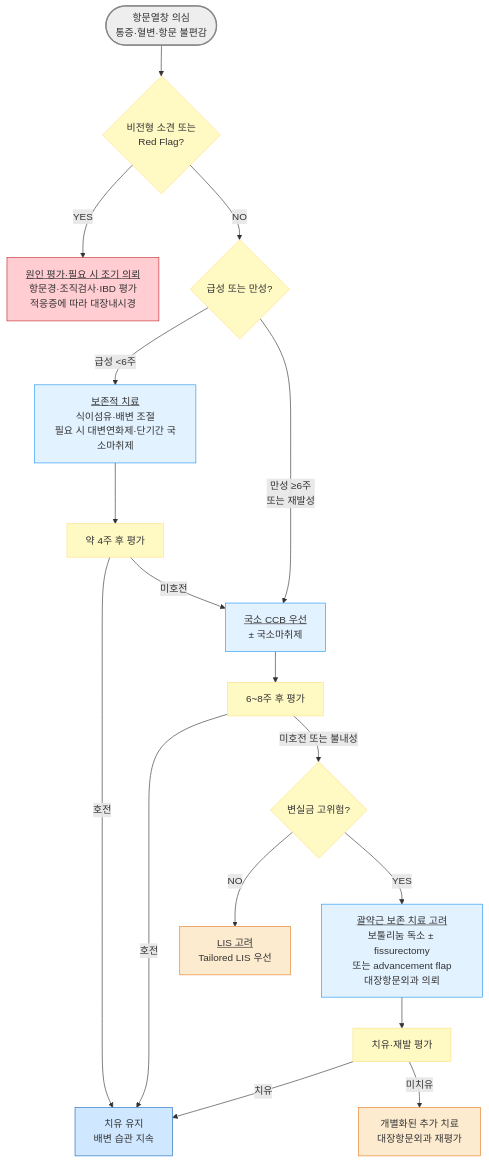
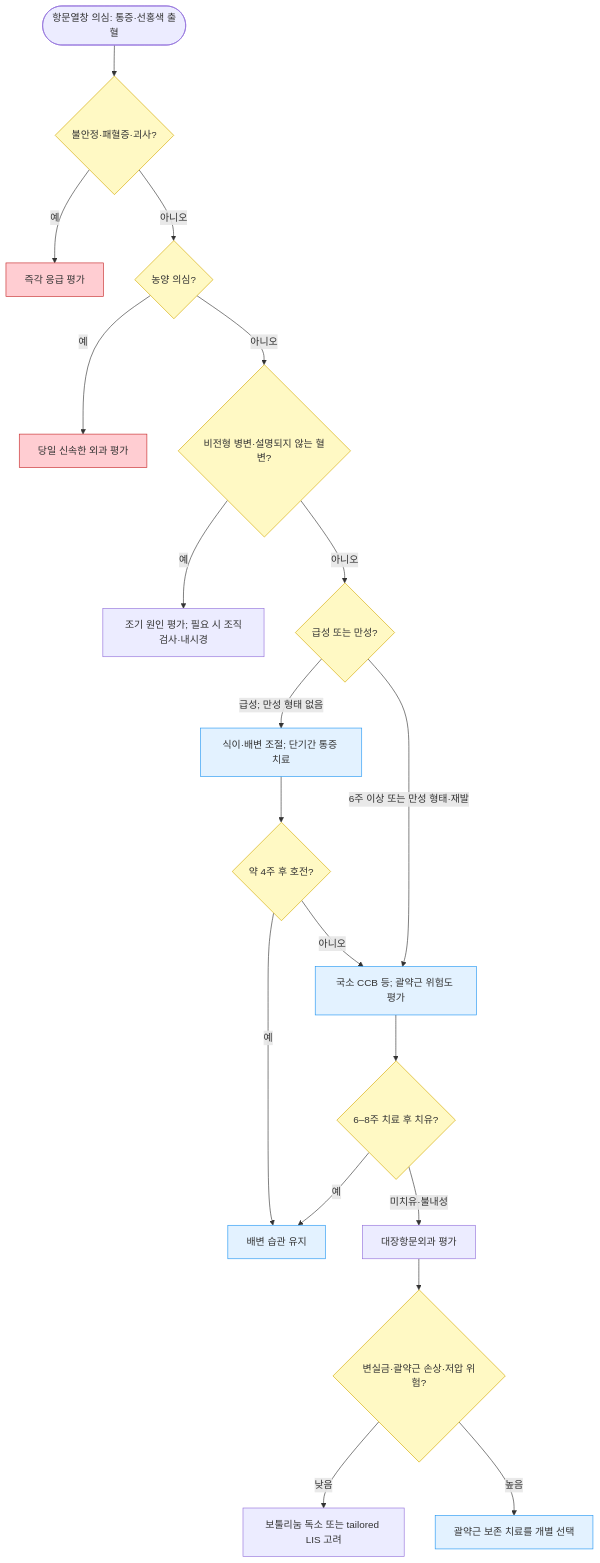
One commit to familyoh77/familyoh77 changed the diagram in 224_/090_-anal-fissure.md. Above: the diagram before and after it, drawn with Mermaid. The commit also changed other lines of this file and 2 other files, not shown here.

````diff
--- a/224_/090_-anal-fissure.md
+++ b/224_/090_-anal-fissure.md
@@ -91,28 +91,27 @@
 ```mermaid
 graph TD
-    A([항문열창 의심<br/>통증·혈변·항문 불편감]) --> B{비전형 소견 또는<br/>Red Flag?}
-    B -- YES --> C[<u>원인 평가·필요 시 조기 의뢰</u><br/>항문경·조직검사·IBD 평가<br/>적응증에 따라 대장내시경]
-    B -- NO --> D{급성 또는 만성?}
-    D -- "급성 <6주" --> E[<u>보존적 치료</u><br/>식이섬유·배변 조절<br/>필요 시 대변연화제·단기간 국소마취제]
-    D -- "만성 ≥6주<br/>또는 재발성" --> G[<u>국소 CCB 우선</u><br/>± 국소마취제]
-    E --> F[약 4주 후 평가]
-    F -- 호전 --> Z[치유 유지<br/>배변 습관 지속]
-    F -- 미호전 --> G
-    G --> H[6~8주 후 평가]
-    H -- 호전 --> Z
-    H -- 미호전 또는 불내성 --> I{변실금 고위험?}
-    I -- NO --> K[<u>LIS 고려</u><br/>Tailored LIS 우선]
-    I -- YES --> J[<u>괄약근 보존 치료 고려</u><br/>보툴리눔 독소 ± fissurectomy<br/>또는 advancement flap<br/>대장항문외과 의뢰]
-    J --> L[치유·재발 평가]
-    L -- 치유 --> Z
-    L -- 미치유 --> M[개별화된 추가 치료<br/>대장항문외과 재평가]
-    style A fill:#eeeeee,stroke:#888888,stroke-width:2px
-    classDef yellow fill:#fff9c4,stroke:#ffe082
-    class B,D,F,H,I,L yellow
-    style C fill:#ffcdd2,stroke:#c62828
-    classDef sky fill:#e3f2ff,stroke:#2196f3
-    class E,G,J sky
-    style Z fill:#d0e8ff,stroke:#1a6abf
-    style K fill:#fdebd0,stroke:#e67e22
-    style M fill:#fdebd0,stroke:#e67e22
+    A(["항문열창 의심: 통증·선홍색 출혈"]) --> B{"불안정·패혈증·괴사?"}
+    B -- "예" --> U["즉각 응급 평가"]
+    B -- "아니오" --> V{"농양 의심?"}
+    V -- "예" --> W["당일 신속한 외과 평가"]
+    V -- "아니오" --> C{"비전형 병변·설명되지 않는 혈변?"}
+    C -- "예" --> N["조기 원인 평가; 필요 시 조직검사·내시경"]
+    C -- "아니오" --> D{"급성 또는 만성?"}
+    D -- "급성; 만성 형태 없음" --> E["식이·배변 조절; 단기간 통증 치료"]
+    D -- "6주 이상 또는 만성 형태·재발" --> G["국소 CCB 등; 괄약근 위험도 평가"]
+    E --> F{"약 4주 후 호전?"}
+    F -- "예" --> Z["배변 습관 유지"]
+    F -- "아니오" --> G
+    G --> H{"6–8주 치료 후 치유?"}
+    H -- "예" --> Z
+    H -- "미치유·불내성" --> I["대장항문외과 평가"]
+    I --> K{"변실금·괄약근 손상·저압 위험?"}
+    K -- "낮음" --> L["보툴리눔 독소 또는 tailored LIS 고려"]
+    K -- "높음" --> J["괄약근 보존 치료를 개별 선택"]
+    classDef red fill:#ffcdd2,stroke:#c62828
+    class U,W red
+    classDef yellow fill:#fff9c4,stroke:#d4a900
+    class B,V,C,D,F,H,K yellow
+    classDef blue fill:#e3f2ff,stroke:#2196f3
+    class E,G,J,Z blue
 ```
````
